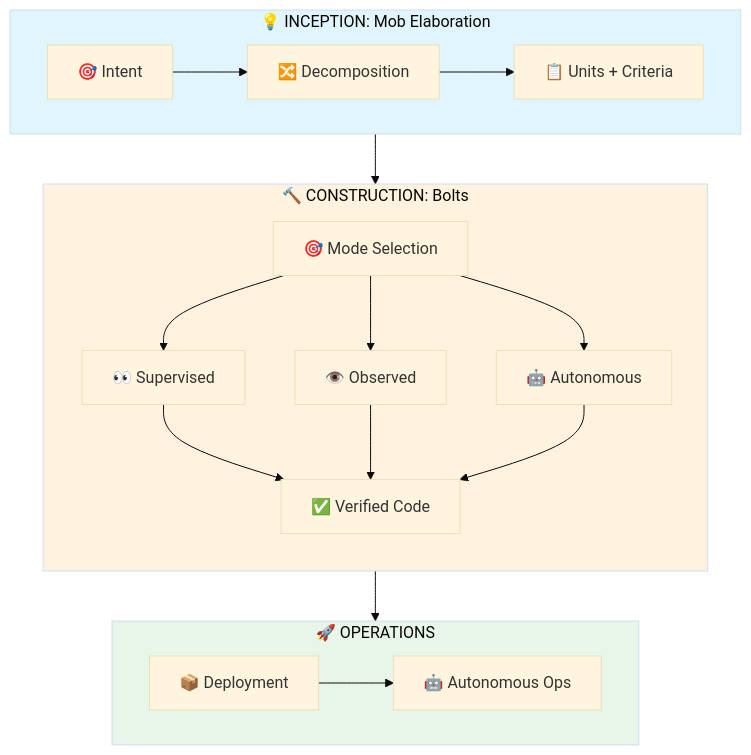
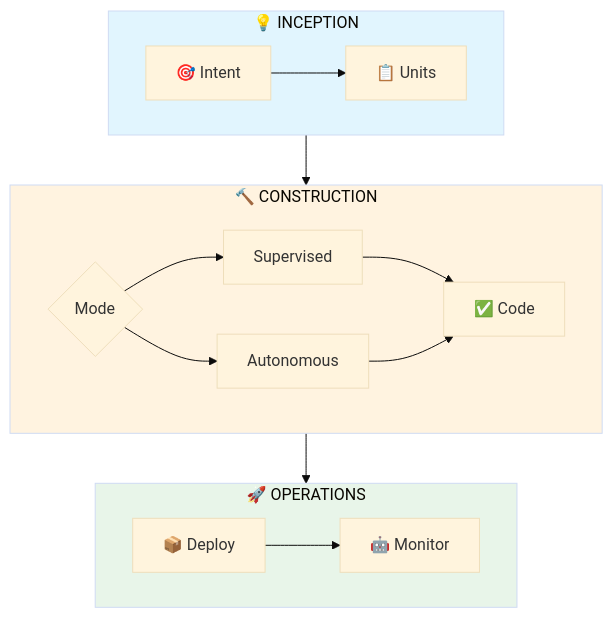
One commit to TheBushidoCollective/han changed the second of 5 diagrams in website/content/papers/ai-dlc-2026/runbooks/adoption/reimagining-sdlc.md. Above: the diagram before and after it, drawn with Mermaid (base theme). The commit also changed other lines of this file and 21 other files, not shown here.

First line of the commit message:
fix(website): convert all AI-DLC runbook Mermaid diagrams to TB layout

````diff
--- a/website/content/papers/ai-dlc-2026/runbooks/adoption/reimagining-sdlc.md
+++ b/website/content/papers/ai-dlc-2026/runbooks/adoption/reimagining-sdlc.md
@@ -40,31 +35,25 @@
 ```mermaid
 flowchart TB
-    subgraph Inception["💡 INCEPTION: Mob Elaboration"]
-        direction LR
-        I1[🎯 Intent] --> I2[🔀 Decomposition]
-        I2 --> I3[📋 Units + Criteria]
-    end
-
-    subgraph Construction["🔨 CONSTRUCTION: Bolts"]
-        direction TB
-        C1[🎯 Mode Selection]
-        C1 --> C2[👀 Supervised]
-        C1 --> C3[👁️ Observed]
-        C1 --> C4[🤖 Autonomous]
-        C2 --> C5[✅ Verified Code]
-        C3 --> C5
-        C4 --> C5
-    end
-
-    subgraph Operations["🚀 OPERATIONS"]
-        direction LR
-        O1[📦 Deployment] --> O2[🤖 Autonomous Ops]
+    subgraph Inception["💡 INCEPTION"]
+        I1[🎯 Intent] --> I2[📋 Units]
     end
 
     Inception --> Construction
+
+    subgraph Construction["🔨 CONSTRUCTION"]
+        C1{Mode} --> C2[Supervised]
+        C1 --> C3[Autonomous]
+        C2 --> C4[✅ Code]
+        C3 --> C4
+    end
+
     Construction --> Operations
+
+    subgraph Operations["🚀 OPERATIONS"]
+        O1[📦 Deploy] --> O2[🤖 Monitor]
+    end
 
     style Inception fill:#e1f5fe
     style Construction fill:#fff3e0
     style Operations fill:#e8f5e9
 ```
````
